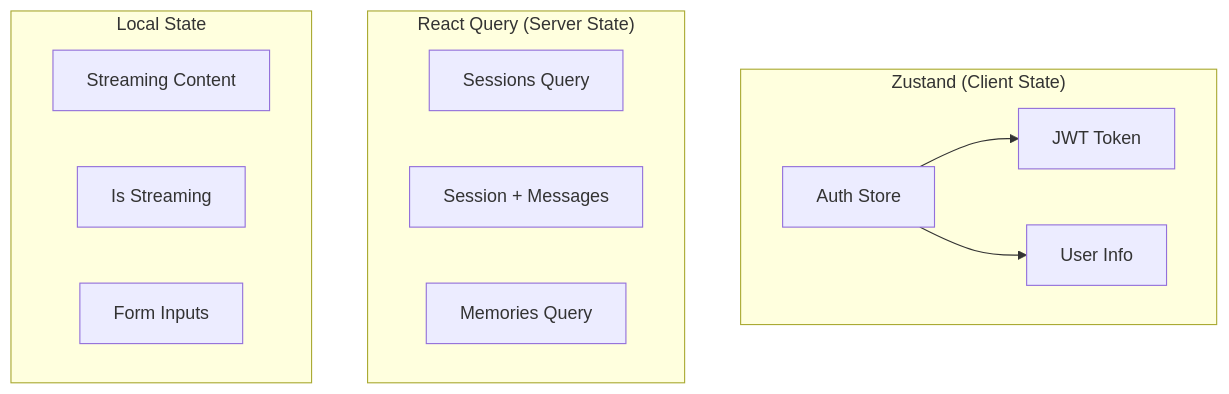
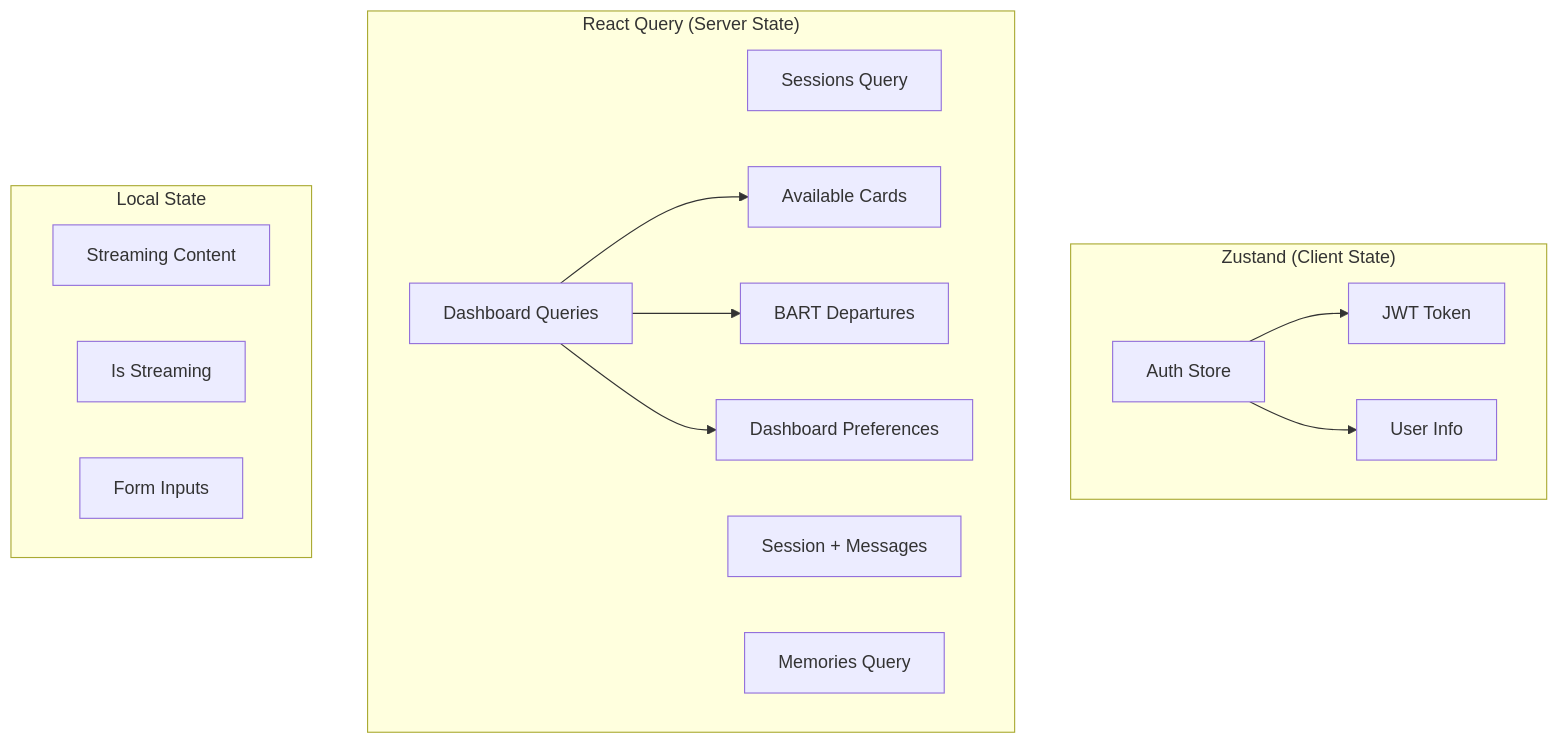
One commit to tekkno89/alfred-pa changed the third of 4 diagrams in .claude/diagrams/frontend-architecture.md. Above: the diagram before and after it, drawn with Mermaid. The commit also changed other lines of this file and 30 other files, not shown here.

First line of the commit message:
feat: Add dashboard with BART real-time departures and admin panel

````diff
--- a/.claude/diagrams/frontend-architecture.md
+++ b/.claude/diagrams/frontend-architecture.md
@@ -67,20 +73,24 @@
 ```mermaid
 flowchart TD
     subgraph "Zustand (Client State)"
         AuthStore[Auth Store]
         AuthStore --> Token[JWT Token]
         AuthStore --> User[User Info]
     end
 
     subgraph "React Query (Server State)"
         Sessions[Sessions Query]
         Session[Session + Messages]
         Memories[Memories Query]
+        Dashboard[Dashboard Queries]
+        Dashboard --> AvailableCards[Available Cards]
+        Dashboard --> BartDepartures[BART Departures]
+        Dashboard --> DashboardPrefs[Dashboard Preferences]
     end
 
     subgraph "Local State"
         StreamingContent[Streaming Content]
         IsStreaming[Is Streaming]
         FormInputs[Form Inputs]
     end
 ```
````
